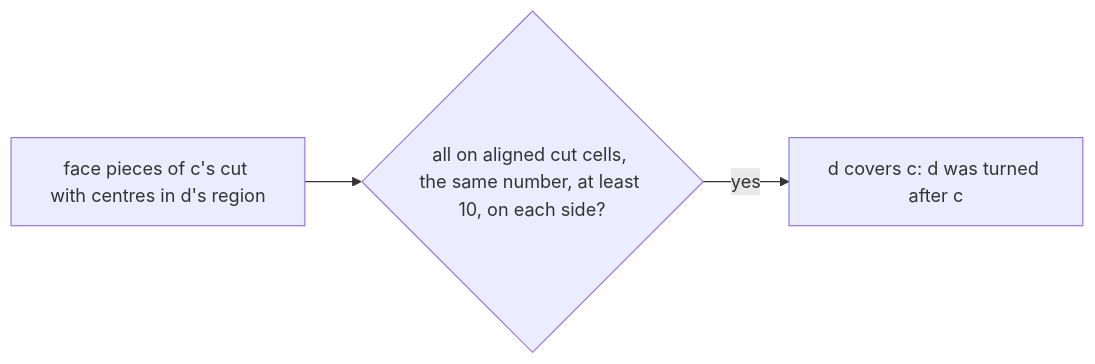
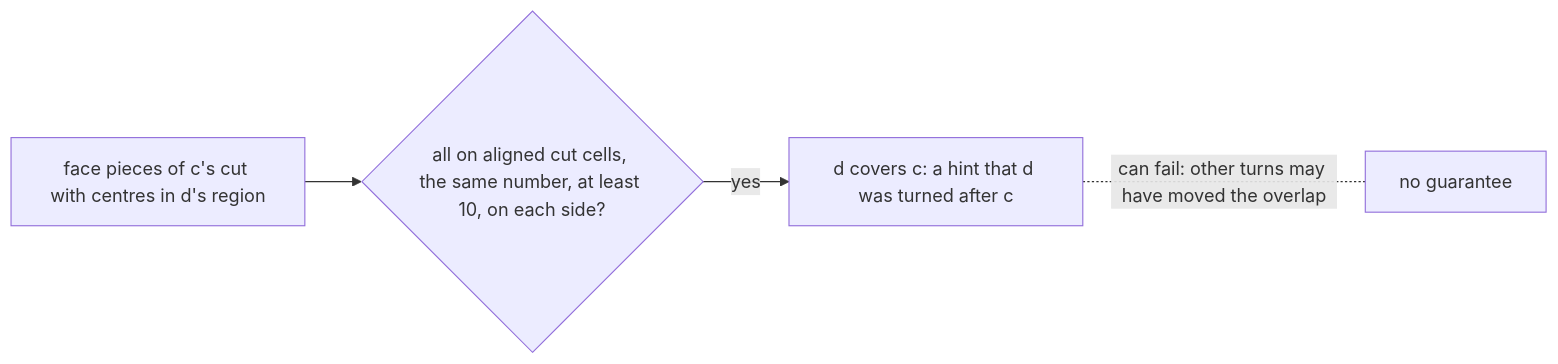
One commit to KonomiYuzu01/Magic-600-Cell changed the diagram in docs/progress/1.0/glossary/diagrams/cap-cover.mmd. Above: the diagram before and after it, drawn with Mermaid. The commit also changed 11 other files, not shown here.

```diff
--- a/docs/progress/1.0/glossary/diagrams/cap-cover.mmd
+++ b/docs/progress/1.0/glossary/diagrams/cap-cover.mmd
@@ -1,3 +1,4 @@
 flowchart LR
   F["face pieces of c's cut with centres in d's region"] --> Q{"all on aligned cut cells, the same number, at least 10, on each side?"}
-  Q -->|yes| C["d covers c: d was turned after c"]
+  Q -->|yes| C["d covers c: a hint that d was turned after c"]
+  C -. can fail: other turns may have moved the overlap .- X[no guarantee]
```
